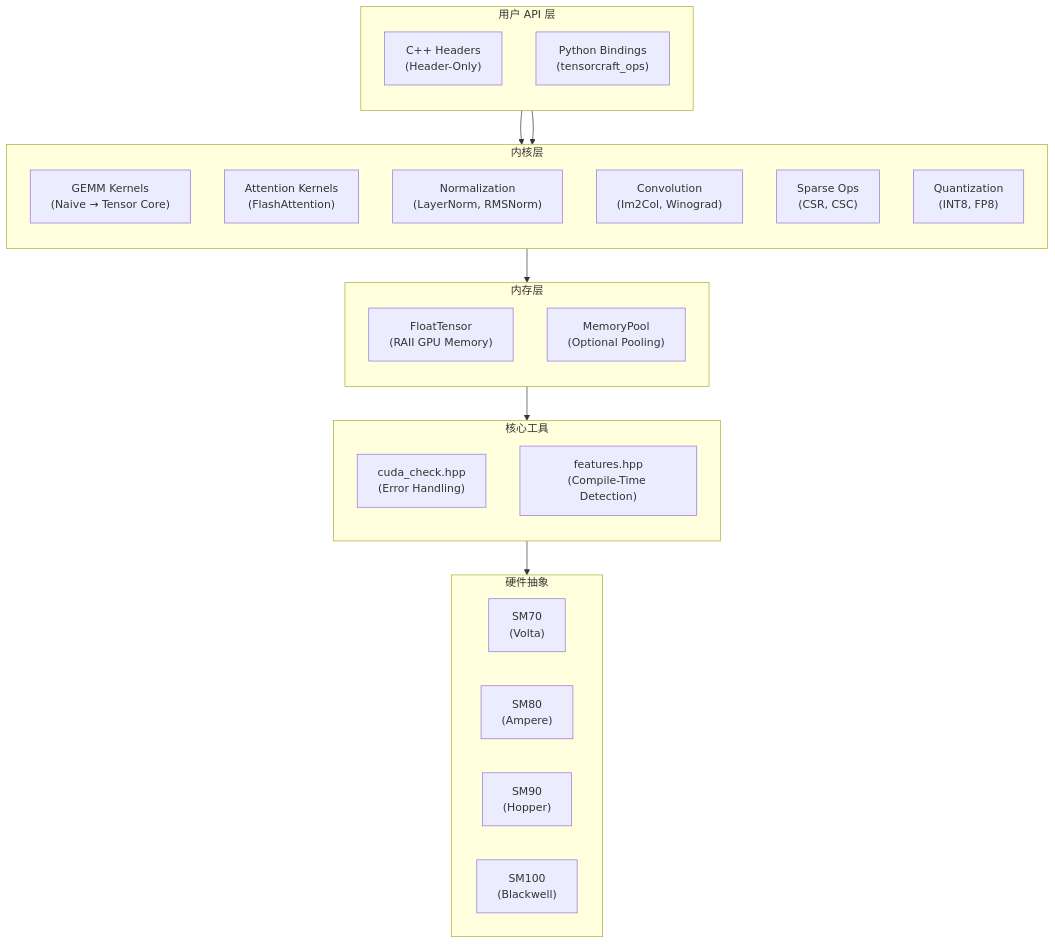
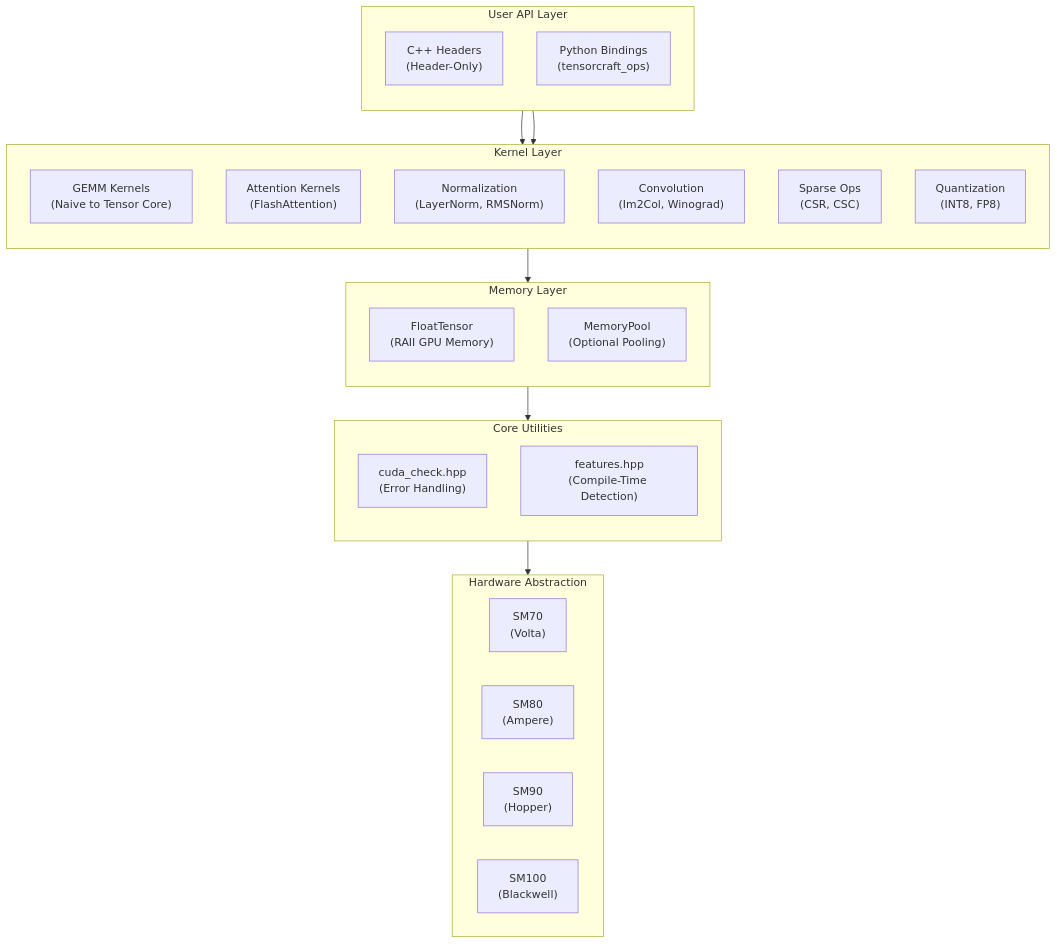
The first of 5 diagrams in docs/en/whitepaper/architecture.md (LessUp/modern-ai-kernels), drawn with Mermaid before and after one commit. The commit also changed other lines of this file and 47 other files, not shown here.

````diff
--- a/docs/en/whitepaper/architecture.md
+++ b/docs/en/whitepaper/architecture.md
@@ -19,43 +19,43 @@
 ```mermaid
 flowchart TB
-    subgraph UserAPI["用户 API 层"]
+    subgraph UserAPI["User API Layer"]
         direction TB
         CPP["C++ Headers<br/>(Header-Only)"]
         PY["Python Bindings<br/>(tensorcraft_ops)"]
     end
 
-    subgraph KernelLayer["内核层"]
+    subgraph KernelLayer["Kernel Layer"]
         direction TB
-        GEMM["GEMM Kernels<br/>(Naive → Tensor Core)"]
+        GEMM["GEMM Kernels<br/>(Naive to Tensor Core)"]
         ATTN["Attention Kernels<br/>(FlashAttention)"]
         NORM["Normalization<br/>(LayerNorm, RMSNorm)"]
         CONV["Convolution<br/>(Im2Col, Winograd)"]
         SPARSE["Sparse Ops<br/>(CSR, CSC)"]
         QUANT["Quantization<br/>(INT8, FP8)"]
     end
 
-    subgraph MemoryLayer["内存层"]
+    subgraph MemoryLayer["Memory Layer"]
         direction TB
         TENSOR["FloatTensor<br/>(RAII GPU Memory)"]
         POOL["MemoryPool<br/>(Optional Pooling)"]
     end
 
-    subgraph CoreLayer["核心工具"]
+    subgraph CoreLayer["Core Utilities"]
         direction TB
         CUDA_CHECK["cuda_check.hpp<br/>(Error Handling)"]
         FEATURES["features.hpp<br/>(Compile-Time Detection)"]
     end
 
-    subgraph Hardware["硬件抽象"]
+    subgraph Hardware["Hardware Abstraction"]
         SM70["SM70<br/>(Volta)"]
         SM80["SM80<br/>(Ampere)"]
         SM90["SM90<br/>(Hopper)"]
         SM100["SM100<br/>(Blackwell)"]
     end
 
     CPP --> KernelLayer
     PY --> KernelLayer
     KernelLayer --> MemoryLayer
     MemoryLayer --> CoreLayer
     CoreLayer --> Hardware
 ```
````
